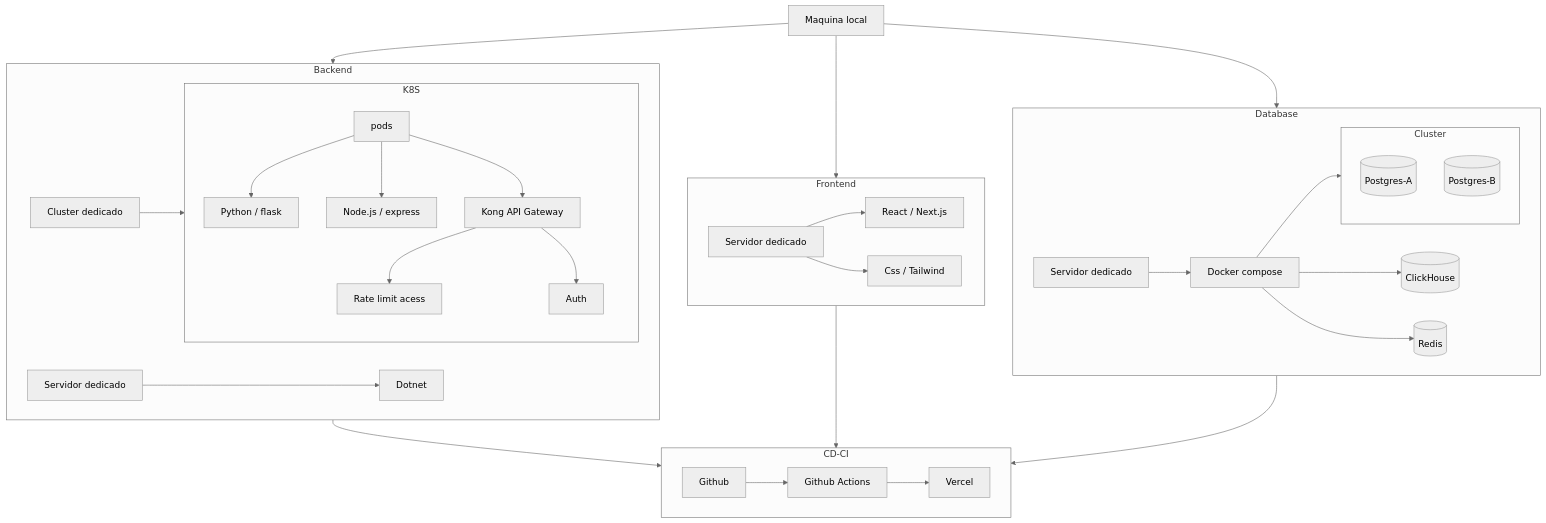
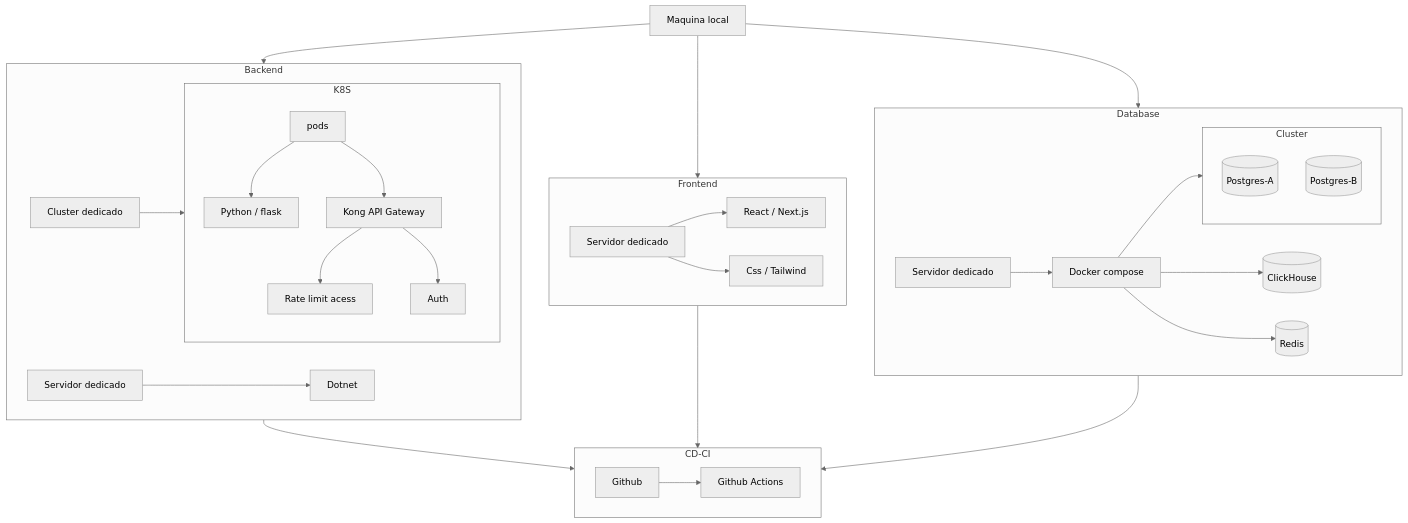
The diagram in README.MD (pedrovtof/Nievo-easy-fin), drawn with Mermaid (neutral theme) before and after one commit. The commit also changed other lines of this file and 7 other files, not shown here.

````diff
--- a/README.MD
+++ b/README.MD
@@ -15,56 +15,53 @@
 ```mermaid
 flowchart TD
 
  local["Maquina local"]
 
  subgraph Frontend["Frontend"]
         next["React / Next.js"]
         tailWind["Css / Tailwind"]
         vmF["Servidor dedicado"] --> next
         vmF --> tailWind
   end
  subgraph Cicd["CD-CI"]
         git["Github"]
         gitA["Github Actions"]
-        vercel["Vercel"]
         git --> gitA
-        gitA --> vercel
   end
  subgraph K8S["K8S"]
         pods
         pods --> py["Python / flask"]
-        pods --> node["Node.js / express"]
         pods --> kong["Kong API Gateway"]
         kong --> rateLimit["Rate limit acess"]
         kong --> auth["Auth"]
   end
  subgraph Backend["Backend"]
         vmB["Servidor dedicado"] --> Dotnet["Dotnet"]
         cluster["Cluster dedicado"] --> K8S
   end
 
  subgraph Database["Database"]
     subgraph Cluster["Cluster"]
         dbCore[("Postgres-A")]
         dbCoreRR[("Postgres-B")]
     end
 
   dbData[(ClickHouse)]
   dbMemory[(Redis)]
 
   docker["Docker compose"] --> Cluster
   docker --> dbData
   docker --> dbMemory
 
   vmC["Servidor dedicado"] --> docker
   
  end
 
 local --> Backend
 local --> Frontend
 local --> Database
 
 Backend --> Cicd
 Frontend --> Cicd
 Database --> Cicd
 ```
````
